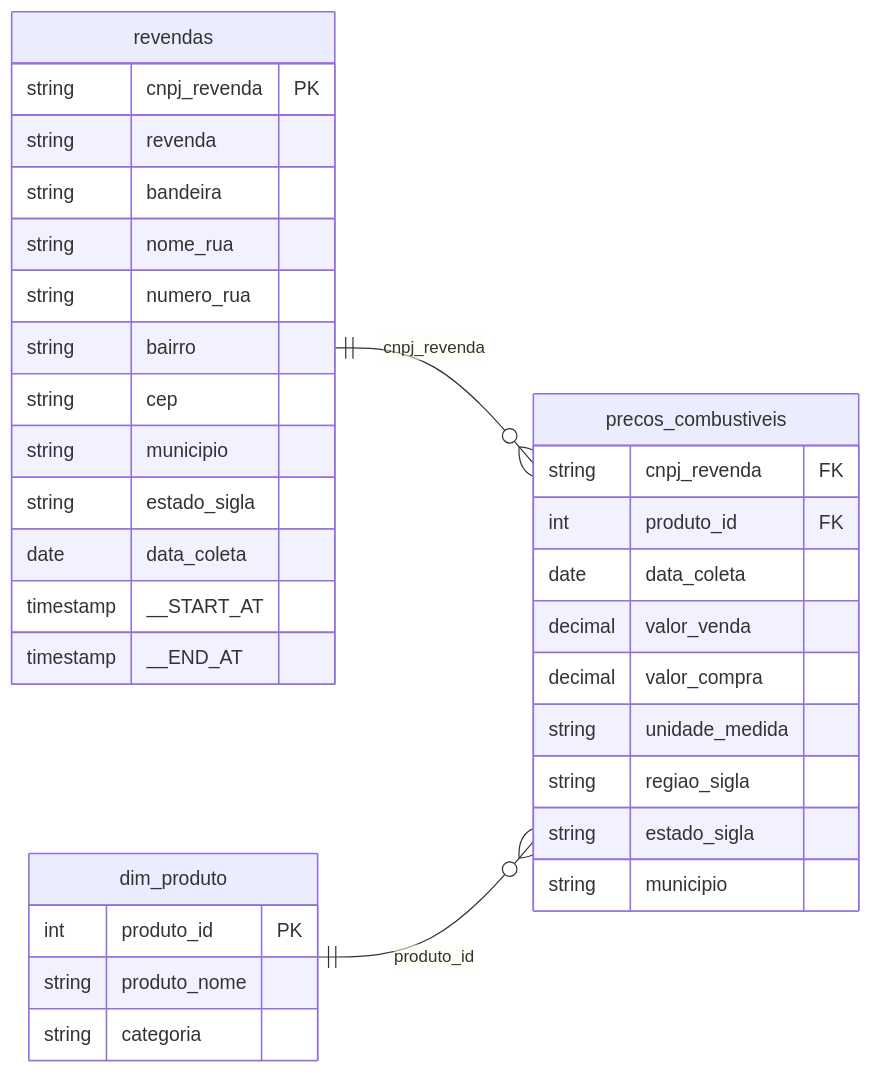
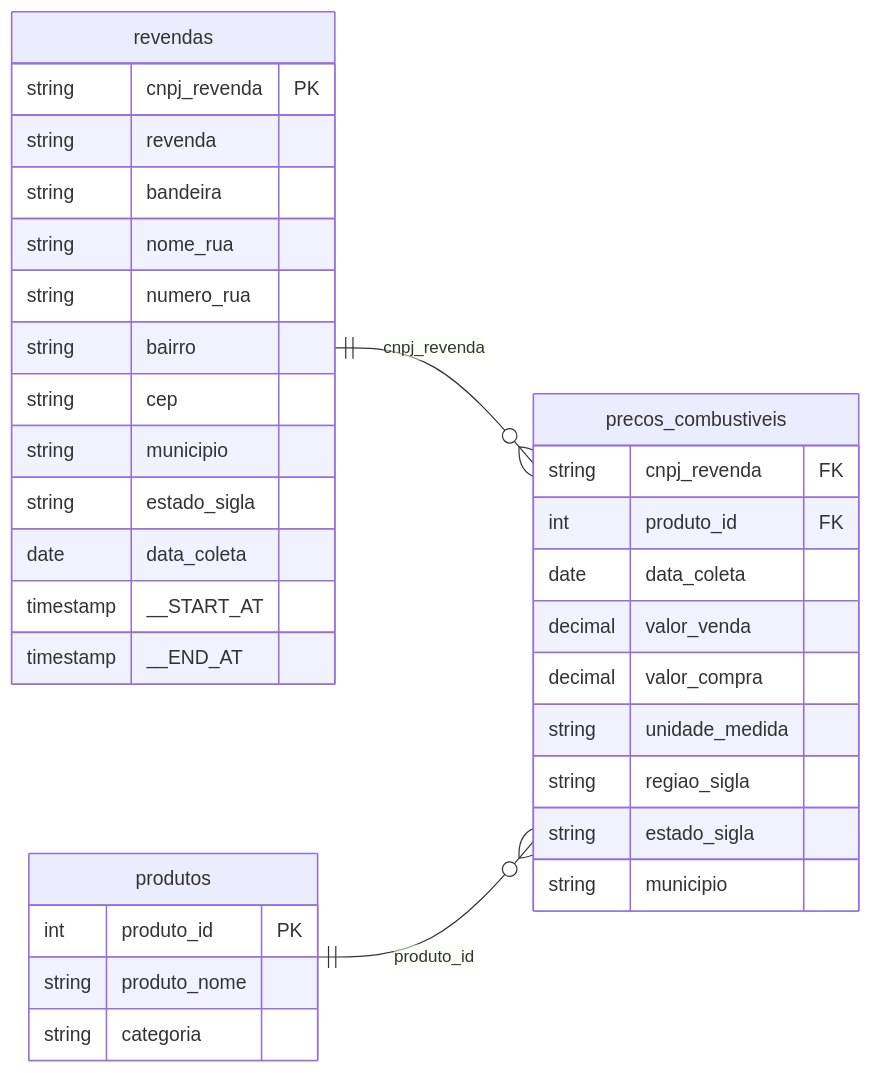
Before and after one commit to lucasyn3/anp-fuel-lakehouse: the second of 2 diagrams in README.md, drawn with Mermaid. The commit also changed other lines of this file and 3 other files, not shown here.

First line of the commit message:
Renomeia dim_produto -> produtos: consistencia com revendas

````diff
--- a/README.md
+++ b/README.md
@@ -59,40 +59,40 @@
 ```mermaid
 erDiagram
     direction LR
 
     revendas ||--o{ precos_combustiveis : "cnpj_revenda"
-    dim_produto ||--o{ precos_combustiveis : "produto_id"
+    produtos ||--o{ precos_combustiveis : "produto_id"
 
     revendas {
         string cnpj_revenda PK
         string revenda
         string bandeira
         string nome_rua
         string numero_rua
         string bairro
         string cep
         string municipio
         string estado_sigla
         date data_coleta
         timestamp __START_AT
         timestamp __END_AT
     }
 
     precos_combustiveis {
         string cnpj_revenda FK
         int produto_id FK
         date data_coleta
         decimal valor_venda
         decimal valor_compra
         string unidade_medida
         string regiao_sigla
         string estado_sigla
         string municipio
     }
 
-    dim_produto {
+    produtos {
         int produto_id PK
         string produto_nome
         string categoria
     }
 ```
````
